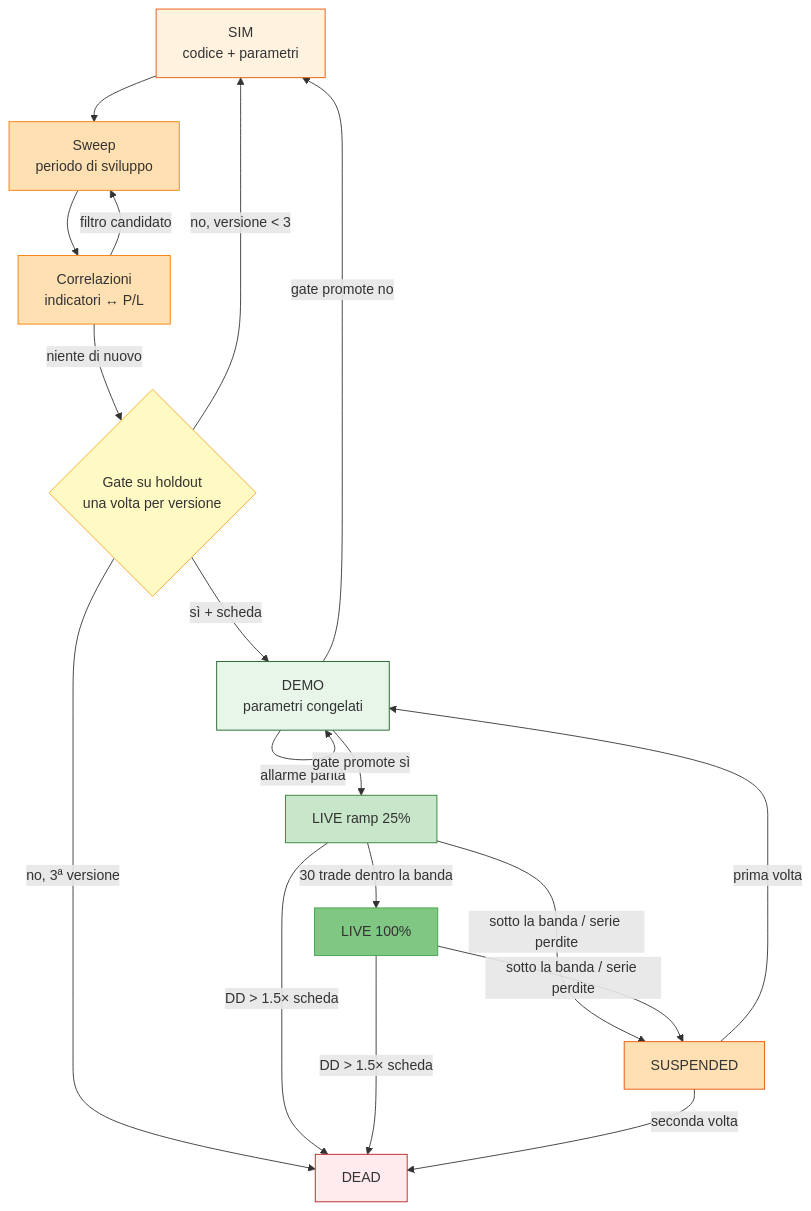
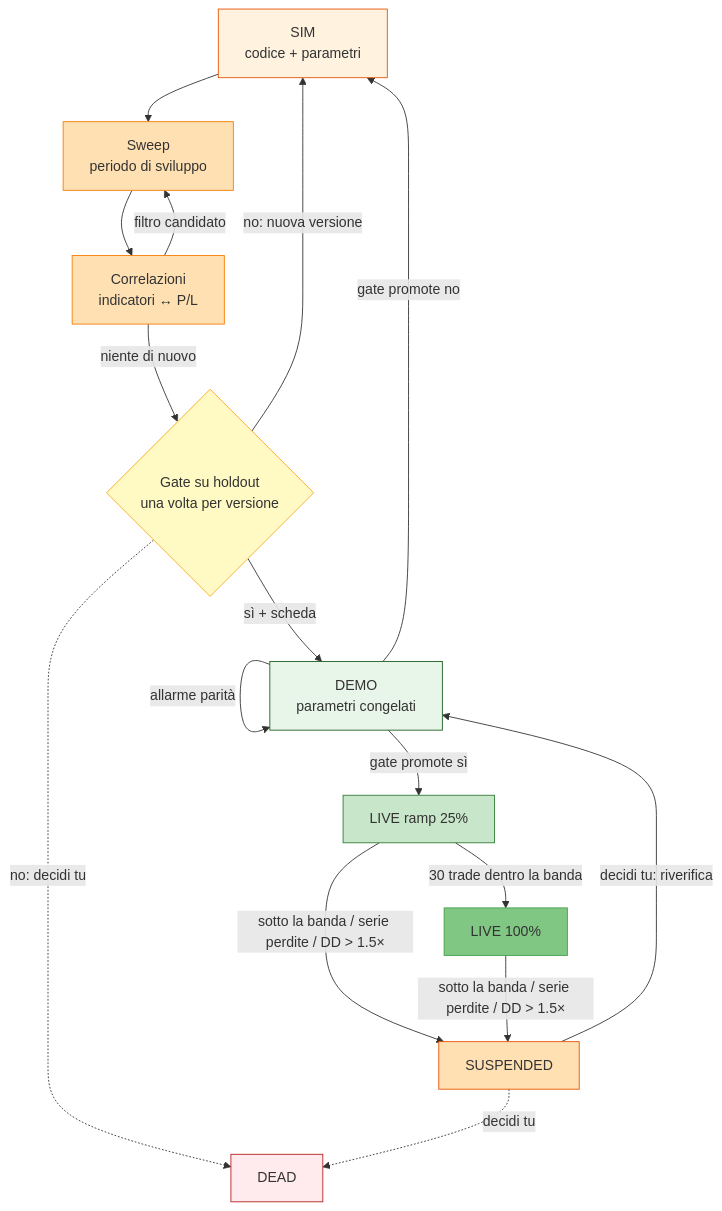
The diagram in docs/trading_strategy_process.md (rrambaldi/parity-deriva), drawn with Mermaid before and after one commit. The commit also changed other lines of this file and 2 other files, not shown here.

Commit message:
docs: DEAD is always the user's call - no auto-DEAD after 3 failed versions, a live protection suspends and proposes; sweeps are free and uncounted, the gate shows how often the holdout was opened; the code hash skips comments

````diff
--- a/docs/trading_strategy_process.md
+++ b/docs/trading_strategy_process.md
@@ -238,30 +247,28 @@
 ```mermaid
 flowchart TD
     A[SIM<br/>codice + parametri] --> B[Sweep<br/>periodo di sviluppo]
     B --> C[Correlazioni<br/>indicatori ↔ P/L]
     C -->|filtro candidato| B
     C -->|niente di nuovo| D{Gate su holdout<br/>una volta per versione}
-    D -->|no, versione < 3| A
-    D -->|no, 3ª versione| X[DEAD]
+    D -->|no: nuova versione| A
+    D -.->|no: decidi tu| X[DEAD]
     D -->|sì + scheda| E[DEMO<br/>parametri congelati]
     E -->|allarme parità| E
     E -->|gate promote no| A
     E -->|gate promote sì| F[LIVE ramp 25%]
     F -->|30 trade dentro la banda| G[LIVE 100%]
-    F -->|sotto la banda / serie perdite| S[SUSPENDED]
-    G -->|sotto la banda / serie perdite| S
-    F -->|DD > 1.5× scheda| X
-    G -->|DD > 1.5× scheda| X
-    S -->|prima volta| E
-    S -->|seconda volta| X
+    F -->|sotto la banda / serie perdite / DD > 1.5×| S[SUSPENDED]
+    G -->|sotto la banda / serie perdite / DD > 1.5×| S
+    S -->|decidi tu: riverifica| E
+    S -.->|decidi tu| X
 
     style A fill:#fff3e0,stroke:#e65100
     style B fill:#ffe0b2,stroke:#f57c00
     style C fill:#ffe0b2,stroke:#f57c00
     style D fill:#fff9c4,stroke:#f9a825
     style E fill:#e8f5e9,stroke:#1b5e20
     style F fill:#c8e6c9,stroke:#2e7d32
     style G fill:#81c784,stroke:#43a047
     style S fill:#ffe0b2,stroke:#e65100
     style X fill:#ffebee,stroke:#b71c1c
 ```
````
